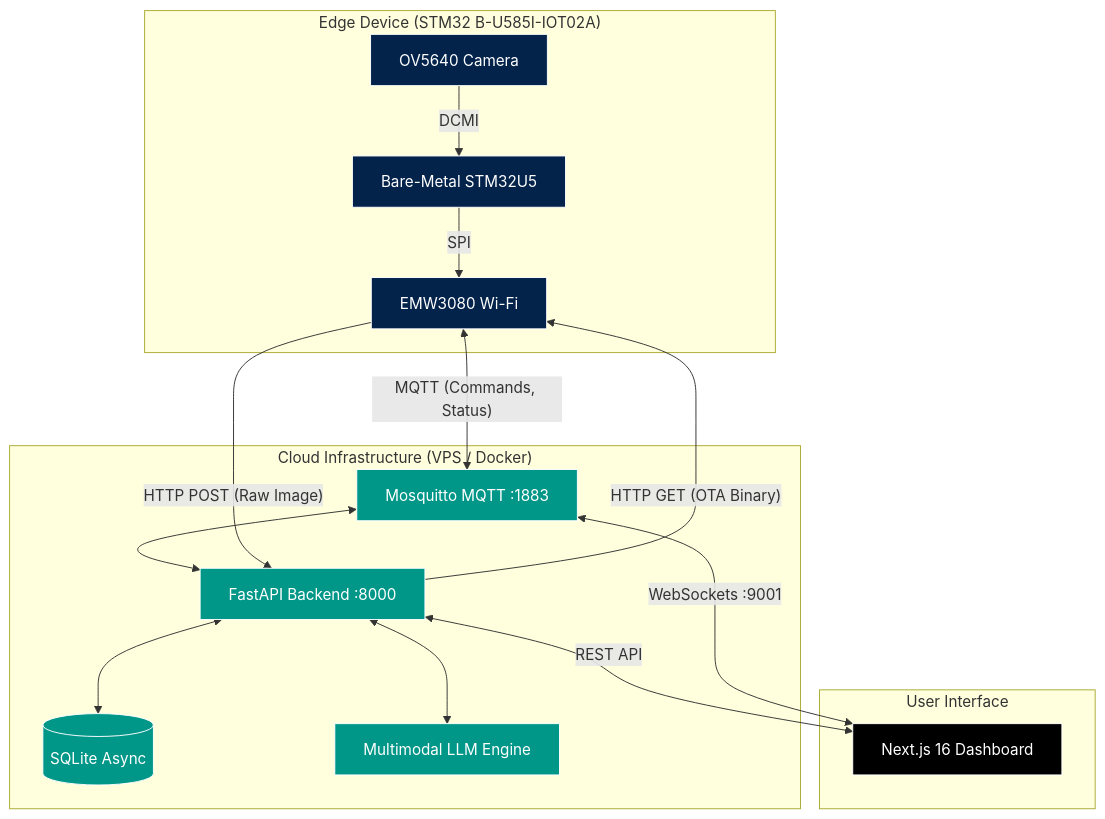
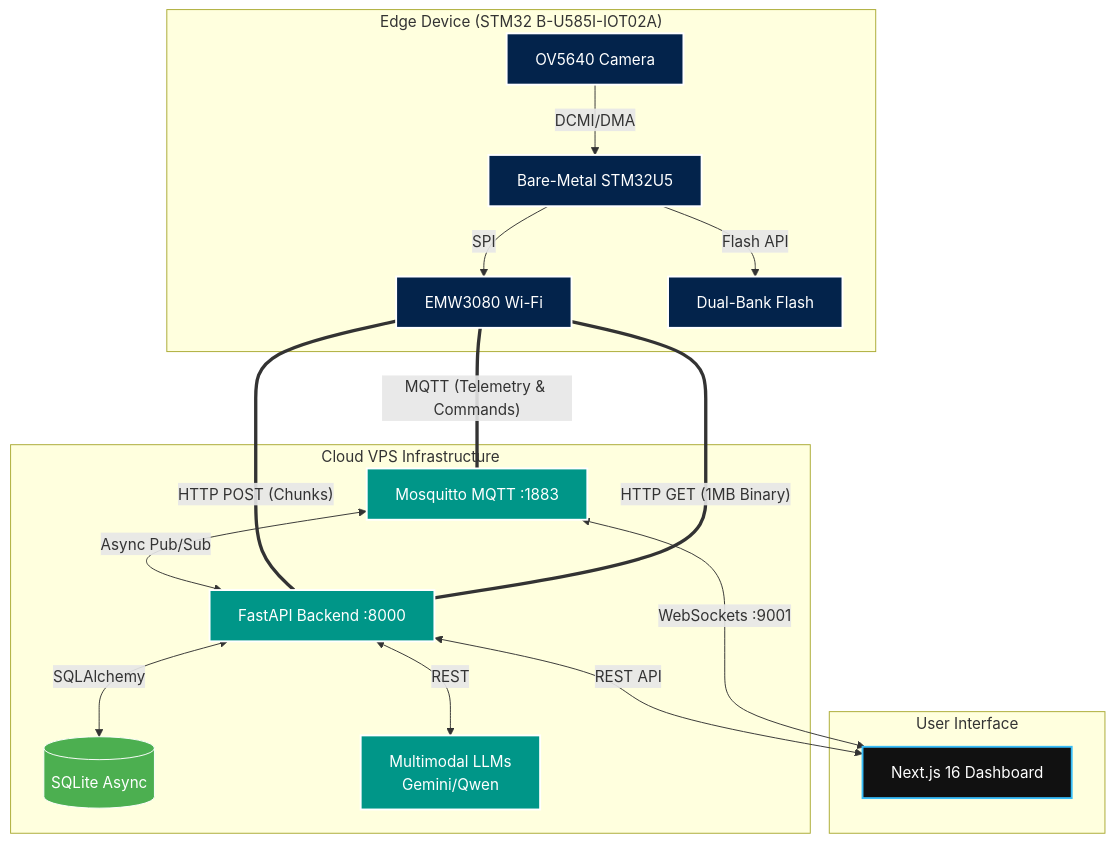
One commit to WhitehatD/thesis-iot-monitoring changed the first of 3 diagrams in README.md. Above: the diagram before and after it, drawn with Mermaid. The commit also changed other lines of this file and 7 other files, not shown here.

First line of the commit message:
feat(dashboard): high-fidelity board telemetry and CI/CD deploy history timeline

````diff
--- a/README.md
+++ b/README.md
@@ -51,37 +53,41 @@
 ```mermaid
 graph TD
-    classDef hardware fill:#03234B,color:#fff,stroke:#fff
-    classDef cloud fill:#009688,color:#fff,stroke:#fff
-    classDef frontend fill:#000,color:#fff,stroke:#fff
+    classDef hardware fill:#03234B,color:#fff,stroke:#fff,stroke-width:2px
+    classDef cloud fill:#009688,color:#fff,stroke:#fff,stroke-width:2px
+    classDef frontend fill:#111,color:#fff,stroke:#38bdf8,stroke-width:2px
+    classDef db fill:#4CAF50,color:#fff,stroke:#fff
 
     subgraph Edge ["Edge Device (STM32 B-U585I-IOT02A)"]
         MCU[Bare-Metal STM32U5]:::hardware
         CAM[OV5640 Camera]:::hardware
         WIFI[EMW3080 Wi-Fi]:::hardware
+        FLASH[Dual-Bank Flash]:::hardware
         
-        CAM -- DCMI --> MCU
+        CAM -- DCMI/DMA --> MCU
         MCU -- SPI --> WIFI
+        MCU -- Flash API --> FLASH
     end
 
-    subgraph Infrastructure ["Cloud Infrastructure (VPS / Docker)"]
+    subgraph Infrastructure ["Cloud VPS Infrastructure"]
         Broker[Mosquitto MQTT :1883]:::cloud
         Server[FastAPI Backend :8000]:::cloud
-        DB[(SQLite Async)]:::cloud
-        AI[Multimodal LLM Engine]:::cloud
+        DB[(SQLite Async)]:::db
+        AI[Multimodal LLMs<br/>Gemini/Qwen]:::cloud
         
-        Broker <--> Server
-        Server <--> DB
-        Server <--> AI
+        Broker <--> |Async Pub/Sub| Server
+        Server <--> |SQLAlchemy| DB
+        Server <--> |REST| AI
     end
 
     subgraph Control ["User Interface"]
         Dash[Next.js 16 Dashboard]:::frontend
     end
 
-    WIFI -- "MQTT (Commands, Status)" <--> Broker
-    WIFI -- "HTTP POST (Raw Image)" --> Server
-    Server -- "HTTP GET (OTA Binary)" --> WIFI
+    %% Network links
+    WIFI == "MQTT (Telemetry & Commands)" === Broker
+    WIFI == "HTTP POST (Chunks)" === Server
+    Server == "HTTP GET (1MB Binary)" === WIFI
     
     Server -- "REST API" <--> Dash
     Broker -- "WebSockets :9001" <--> Dash
 ```
````
